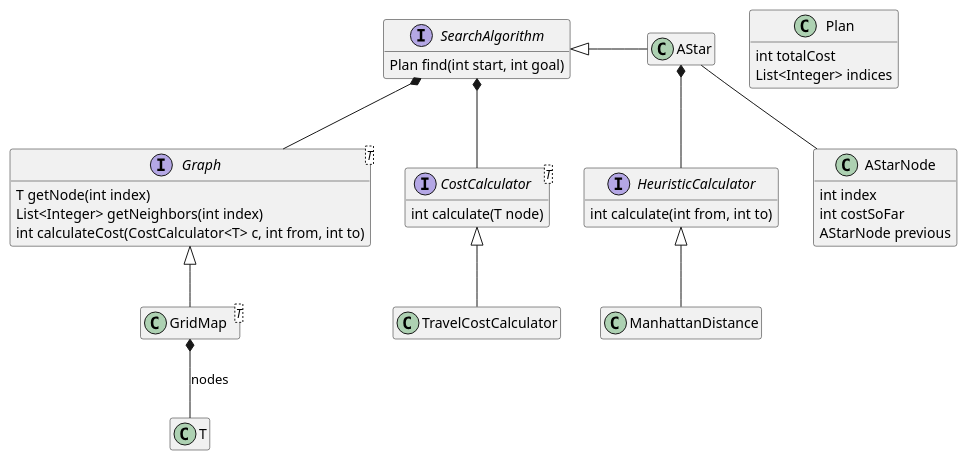
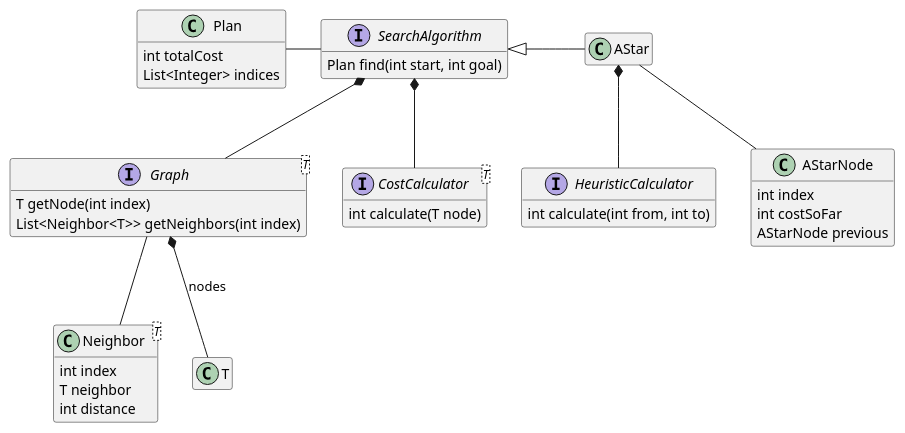
One commit to Orchaldir/Arena changed the diagram in docs/design/ai/navigation.puml. Above: the diagram before and after it, drawn with PlantUML. The commit also changed 1 other file, not shown here.

Commit message:
[#1] Add neighbor to navigation design

```diff
--- a/docs/design/ai/navigation.puml
+++ b/docs/design/ai/navigation.puml
@@ -1,49 +1,49 @@
 @startuml
 
 hide empty members
 
 interface Graph<T> {
   T getNode(int index)
-  List<Integer> getNeighbors(int index)
-  int calculateCost(CostCalculator<T> c, int from, int to)
+  List<Neighbor<T>> getNeighbors(int index)
 }
 interface CostCalculator<T> {
   int calculate(T node)
 }
 interface HeuristicCalculator {
   int calculate(int from, int to)
 }
 interface SearchAlgorithm {
   Plan find(int start, int goal)
 }
 class AStar
 class AStarNode {
   int index
   int costSoFar
   AStarNode previous
 }
-class GridMap<T>
 
 class Plan {
   int totalCost
   List<Integer> indices
 }
 
+class Neighbor<T> {
+  int index
+  T neighbor
+  int distance
+}
+
 SearchAlgorithm <|-right- AStar
 SearchAlgorithm *-- Graph
 SearchAlgorithm *-- CostCalculator
+SearchAlgorithm -left- Plan
 
 AStar *-- HeuristicCalculator
 
 AStar -- AStarNode
 
-Graph <|-- GridMap
-
-GridMap *-- T : nodes
-
-HeuristicCalculator <|-- ManhattanDistance
-
-CostCalculator <|-- TravelCostCalculator
+Graph *-- T : nodes
+Graph -- Neighbor
 
 
 @enduml
```
